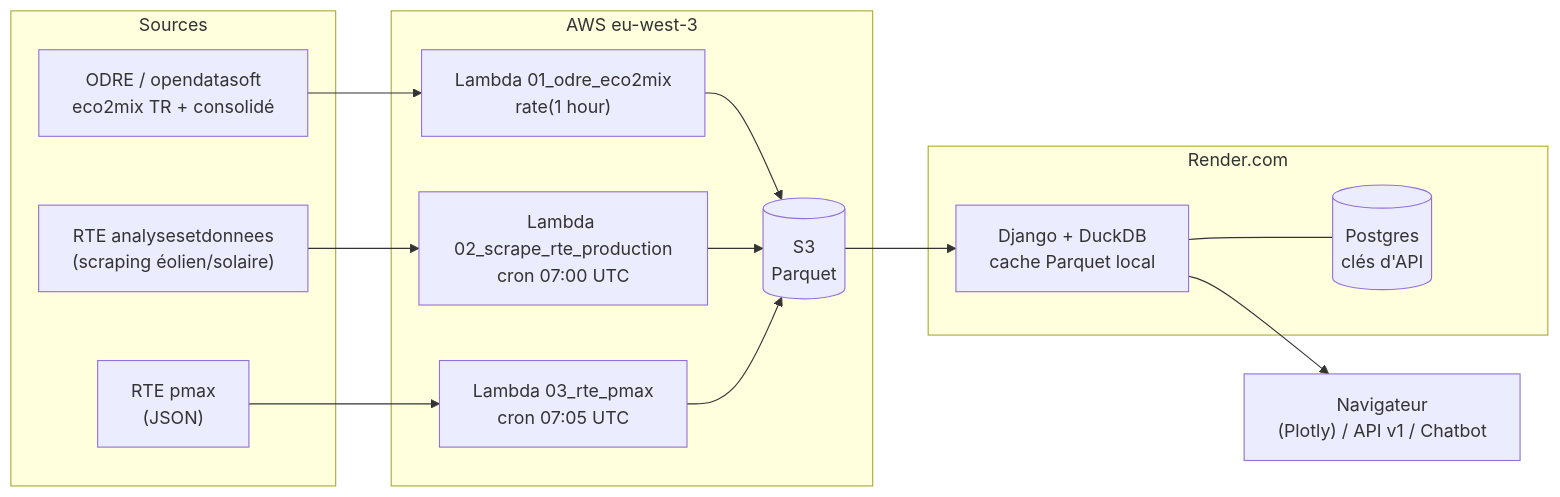
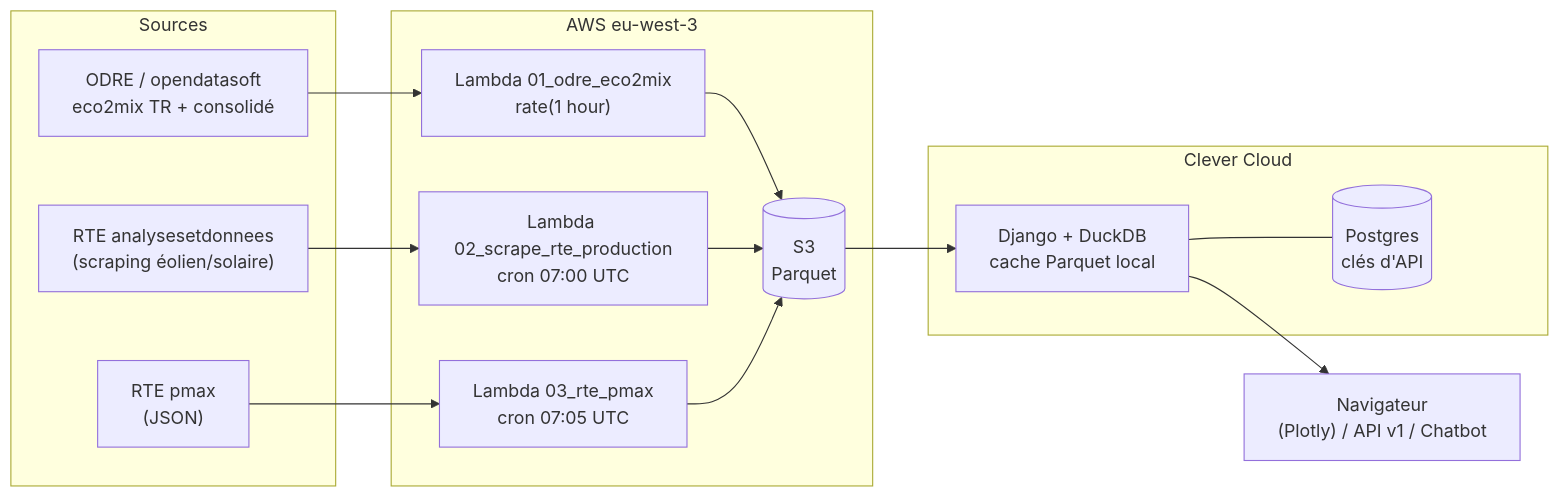
The diagram in docs/01-architecture.md (nad213/electricity-project), drawn with Mermaid before and after one commit. The commit also changed other lines of this file and 16 other files, not shown here.

First line of the commit message:
feat(deploy): bascule l'hébergement webapp de Render vers Clever Cloud

````diff
--- a/docs/01-architecture.md
+++ b/docs/01-architecture.md
@@ -7,27 +7,27 @@
 ```mermaid
 flowchart LR
     subgraph Sources
         ODRE["ODRE / opendatasoft<br/>eco2mix TR + consolidé"]
         RTE1["RTE analysesetdonnees<br/>(scraping éolien/solaire)"]
         RTE2["RTE pmax<br/>(JSON)"]
     end
 
     subgraph AWS["AWS eu-west-3"]
         L1["Lambda 01_odre_eco2mix<br/>rate(1 hour)"]
         L2["Lambda 02_scrape_rte_production<br/>cron 07:00 UTC"]
         L3["Lambda 03_rte_pmax<br/>cron 07:05 UTC"]
         S3[("S3<br/>Parquet")]
     end
 
-    subgraph Render["Render.com"]
+    subgraph Clever["Clever Cloud"]
         DJ["Django + DuckDB<br/>cache Parquet local"]
         PG[("Postgres<br/>clés d'API")]
     end
 
     ODRE --> L1 --> S3
     RTE1 --> L2 --> S3
     RTE2 --> L3 --> S3
     S3 --> DJ
     DJ --- PG
     DJ --> U["Navigateur<br/>(Plotly) / API v1 / Chatbot"]
 ```
````
